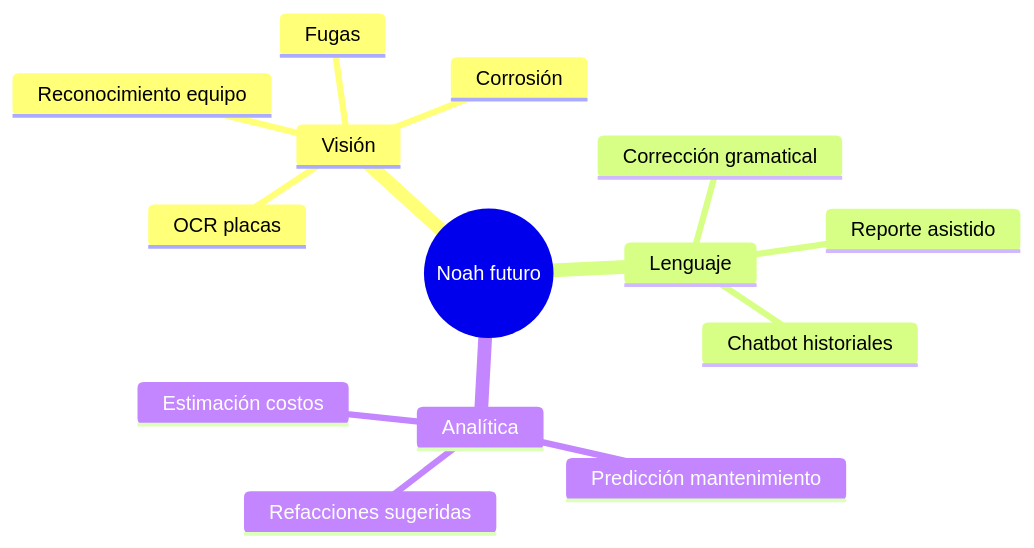
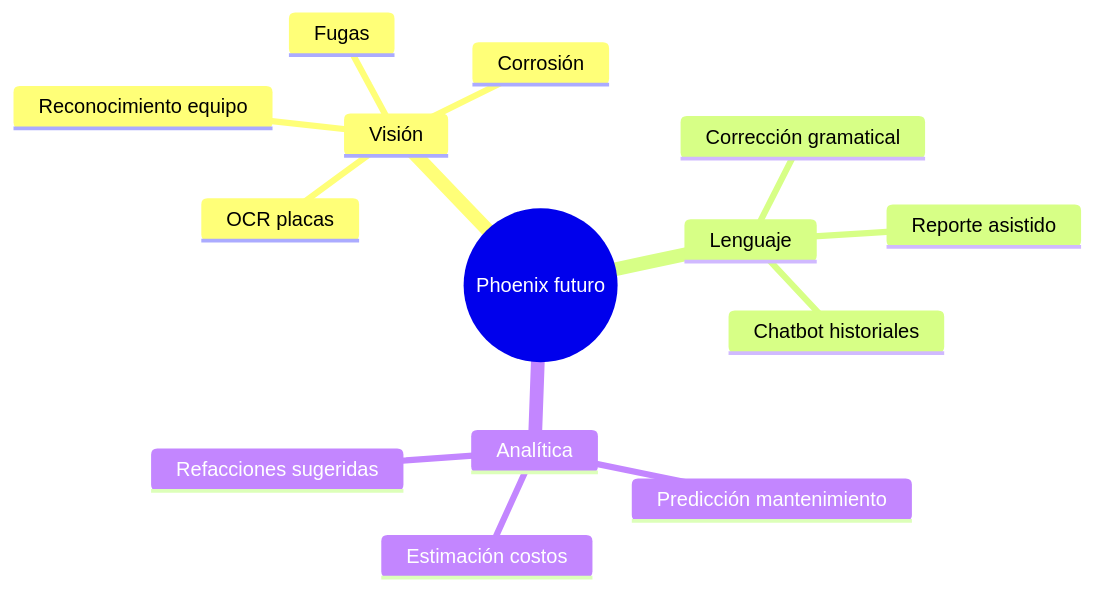
The first of 2 diagrams in openspec/diagrams/future-ai-vision.md (Adrian247/noah), drawn with Mermaid before and after one commit. The commit also changed other lines of this file and 402 other files, not shown here.

````diff
--- a/openspec/diagrams/future-ai-vision.md
+++ b/openspec/diagrams/future-ai-vision.md
@@ -3,17 +3,17 @@
 ```mermaid
 mindmap
-  root((Noah futuro))
+  root((Phoenix futuro))
     Visión
       OCR placas
       Reconocimiento equipo
       Fugas
       Corrosión
     Lenguaje
       Corrección gramatical
       Reporte asistido
       Chatbot historiales
     Analítica
       Predicción mantenimiento
       Estimación costos
       Refacciones sugeridas
 ```
````
